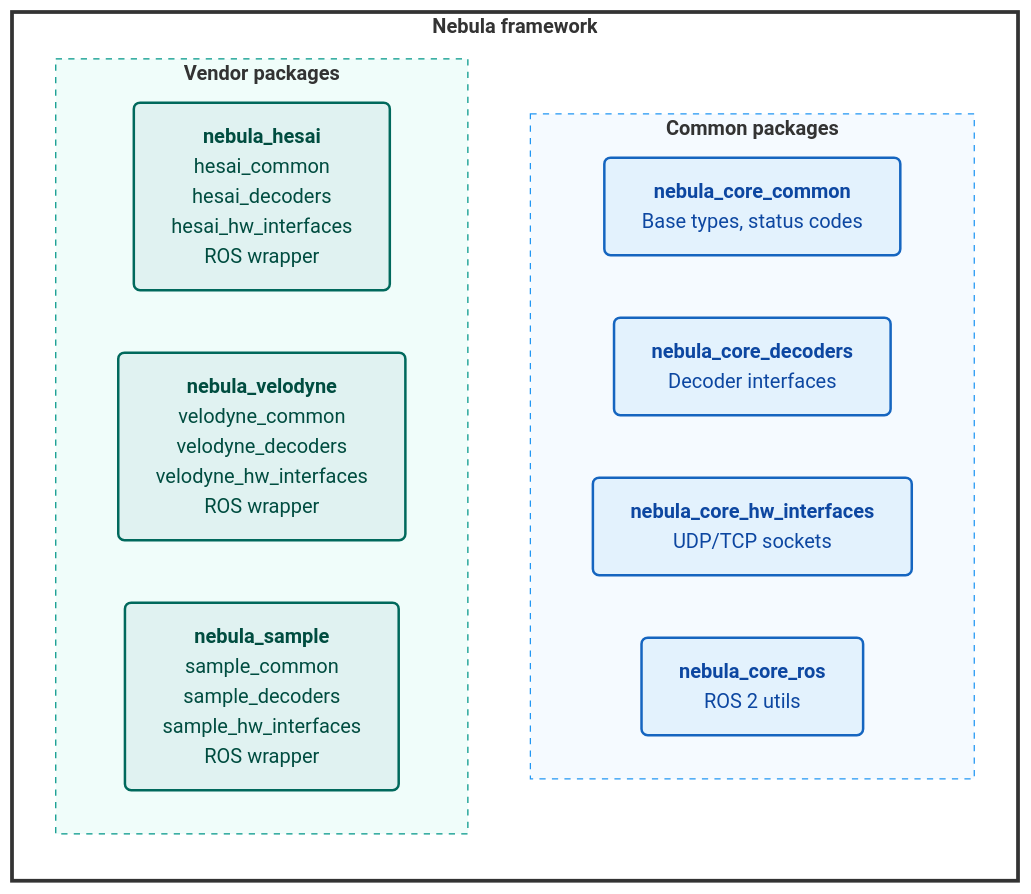
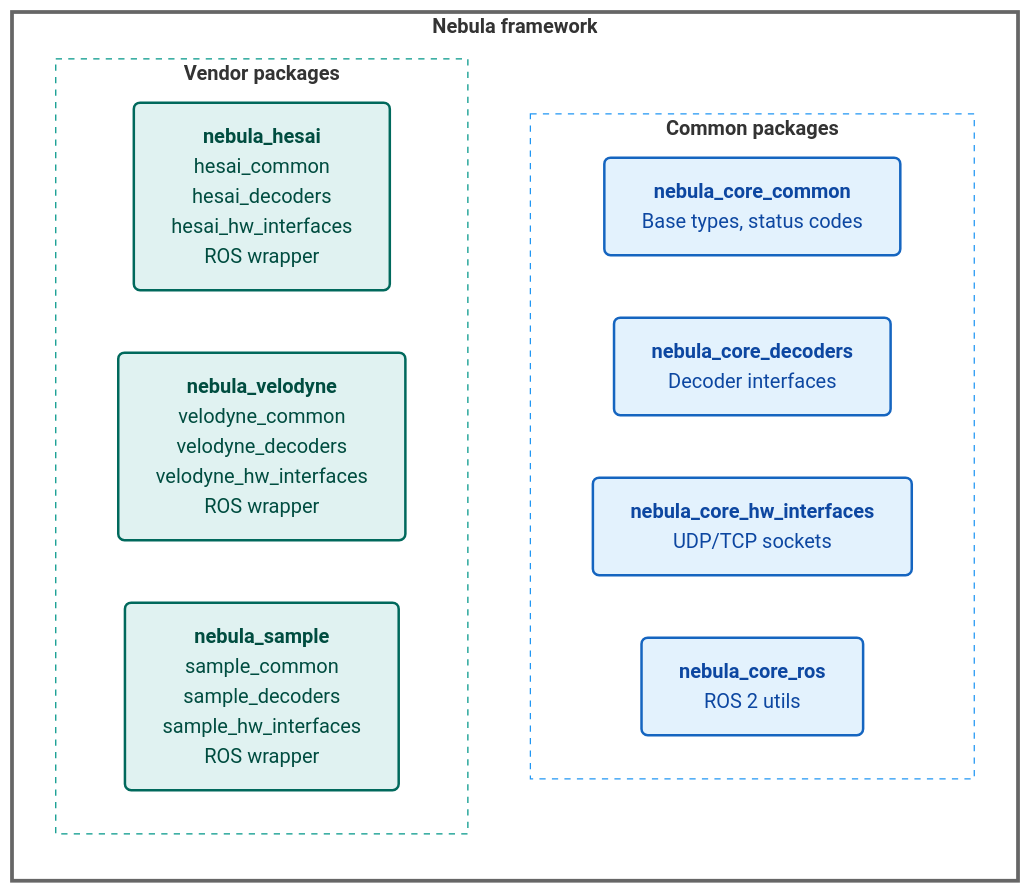
Before and after one commit to tier4/nebula: the first of 2 diagrams in docs/integration_guide.md, drawn with Mermaid. The commit also changed other lines of this file and 1 other file, not shown here.

Commit message:
docs(sample_sensor): make integration guide diagrams visible in dark mode

````diff
--- a/docs/integration_guide.md
+++ b/docs/integration_guide.md
@@ -22,37 +22,37 @@
 ```mermaid
 graph TB
     %% --- STYLE DEFINITIONS ---
     %% Blue theme for Common
     classDef common fill:#e3f2fd,stroke:#1565c0,stroke-width:2px,rx:5,ry:5,color:#0d47a1;
 
     %% Teal/Green theme for Vendors
     classDef vendor fill:#e0f2f1,stroke:#00695c,stroke-width:2px,rx:5,ry:5,color:#004d40;
 
     %% --- GRAPH STRUCTURE ---
     subgraph Nebula["<b>Nebula framework</b>"]
         direction TB
 
         subgraph Common["<b>Common packages</b>"]
             direction LR
             C1["<b>nebula_core_common</b><br/>Base types, status codes"]:::common
             C2["<b>nebula_core_decoders</b><br/>Decoder interfaces"]:::common
             C3["<b>nebula_core_hw_interfaces</b><br/>UDP/TCP sockets"]:::common
             C4["<b>nebula_core_ros</b><br/>ROS 2 utils"]:::common
         end
 
         subgraph Vendors["<b>Vendor packages</b>"]
             direction LR
             Hesai["<b>nebula_hesai</b><br/>hesai_common<br/>hesai_decoders<br/>hesai_hw_interfaces<br/>ROS wrapper"]:::vendor
 
             Velodyne["<b>nebula_velodyne</b><br/>velodyne_common<br/>velodyne_decoders<br/>velodyne_hw_interfaces<br/>ROS wrapper"]:::vendor
 
             Sample["<b>nebula_sample</b><br/>sample_common<br/>sample_decoders<br/>sample_hw_interfaces<br/>ROS wrapper"]:::vendor
         end
     end
 
     %% --- SUBGRAPH STYLING ---
-    %% Style the containers to have dashed borders and light backgrounds
-    style Nebula fill:#ffffff,stroke:#333,stroke-width:3px
-    style Common fill:#f5faff,stroke:#2196f3,stroke-dasharray: 5 5
-    style Vendors fill:#f0fdfa,stroke:#009688,stroke-dasharray: 5 5
+    %% Style the containers to have dashed borders and transparent backgrounds
+    style Nebula fill:none,stroke:#666,stroke-width:3px
+    style Common fill:none,stroke:#2196f3,stroke-dasharray: 5 5
+    style Vendors fill:none,stroke:#009688,stroke-dasharray: 5 5
 ```
````
